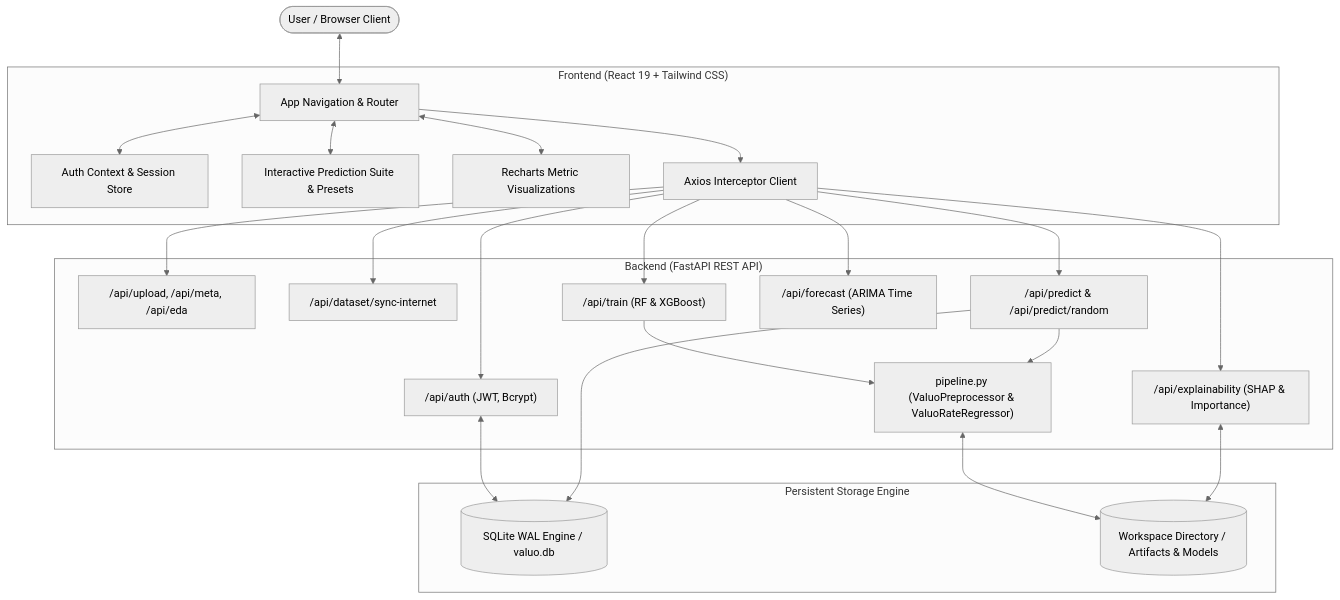
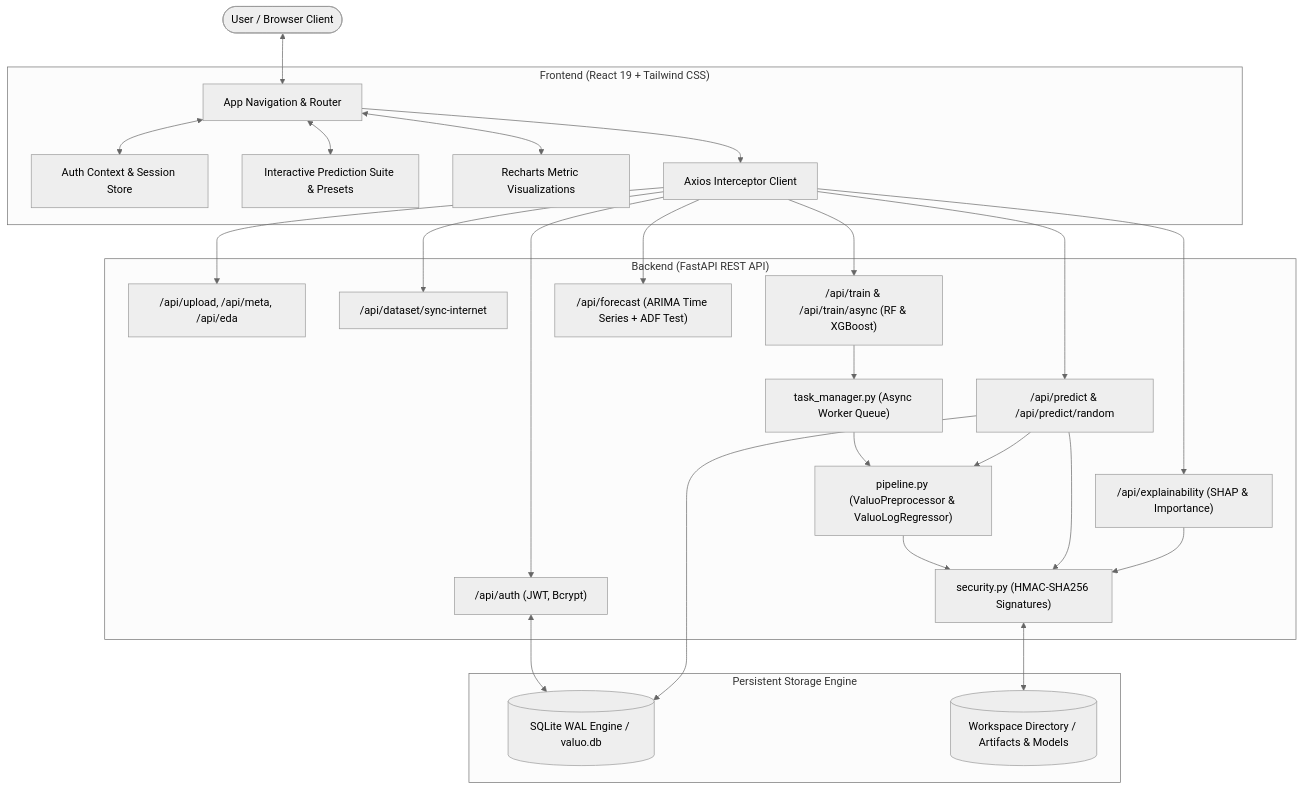
The diagram in README.md (HemanthSushi/Valuo), drawn with Mermaid (neutral theme) before and after one commit. The commit also changed other lines of this file and 15 other files, not shown here.

````diff
--- a/README.md
+++ b/README.md
@@ -78,47 +78,52 @@
 ```mermaid
 flowchart TD
     User([User / Browser Client])
     
     subgraph Frontend ["Frontend (React 19 + Tailwind CSS)"]
         UI[App Navigation & Router]
         AuthStore[Auth Context & Session Store]
         PredictUI[Interactive Prediction Suite & Presets]
         Charts[Recharts Metric Visualizations]
         Axios[Axios Interceptor Client]
     end
 
     subgraph Backend ["Backend (FastAPI REST API)"]
         AuthRouter["/api/auth (JWT, Bcrypt)"]
         DataRouter["/api/upload, /api/meta, /api/eda"]
         SyncEngine["/api/dataset/sync-internet"]
-        PipelineEngine["pipeline.py (ValuoPreprocessor & ValuoRateRegressor)"]
-        TrainRouter["/api/train (RF & XGBoost)"]
+        TaskManager["task_manager.py (Async Worker Queue)"]
+        SecurityLayer["security.py (HMAC-SHA256 Signatures)"]
+        PipelineEngine["pipeline.py (ValuoPreprocessor & ValuoLogRegressor)"]
+        TrainRouter["/api/train & /api/train/async (RF & XGBoost)"]
         InferenceRouter["/api/predict & /api/predict/random"]
         XAIRouter["/api/explainability (SHAP & Importance)"]
-        ARIMARouter["/api/forecast (ARIMA Time Series)"]
+        ARIMARouter["/api/forecast (ARIMA Time Series + ADF Test)"]
     end
 
     subgraph Storage ["Persistent Storage Engine"]
         SQLiteDB[(SQLite WAL Engine / valuo.db)]
         WorkspaceFS[(Workspace Directory / Artifacts & Models)]
     end
 
     User <--> UI
     UI <--> AuthStore
     UI <--> PredictUI
     UI <--> Charts
     UI --> Axios
     Axios --> AuthRouter
     Axios --> DataRouter
     Axios --> SyncEngine
     Axios --> TrainRouter
     Axios --> InferenceRouter
     Axios --> XAIRouter
     Axios --> ARIMARouter
     AuthRouter <--> SQLiteDB
-    TrainRouter --> PipelineEngine
+    TrainRouter --> TaskManager
+    TaskManager --> PipelineEngine
+    PipelineEngine --> SecurityLayer
+    SecurityLayer <--> WorkspaceFS
+    InferenceRouter --> SecurityLayer
     InferenceRouter --> PipelineEngine
-    PipelineEngine <--> WorkspaceFS
-    XAIRouter <--> WorkspaceFS
+    XAIRouter --> SecurityLayer
     InferenceRouter --> SQLiteDB
 ```
````
